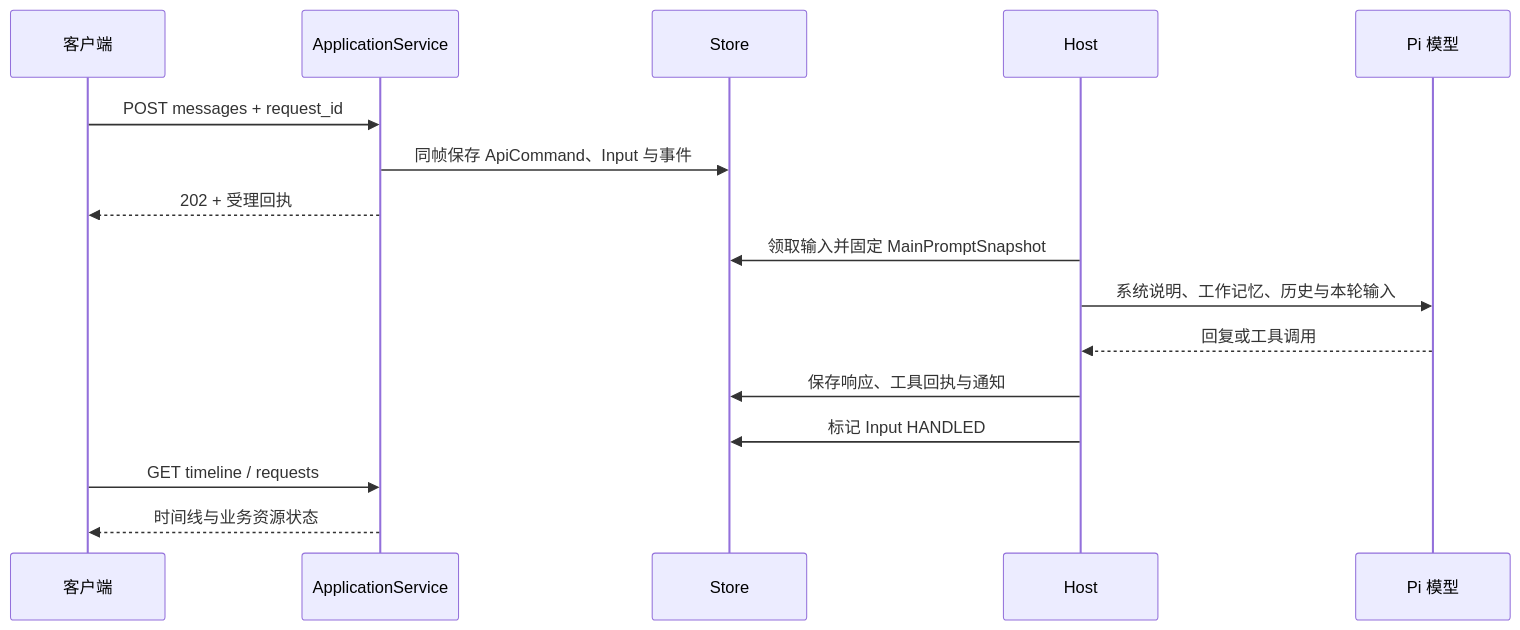
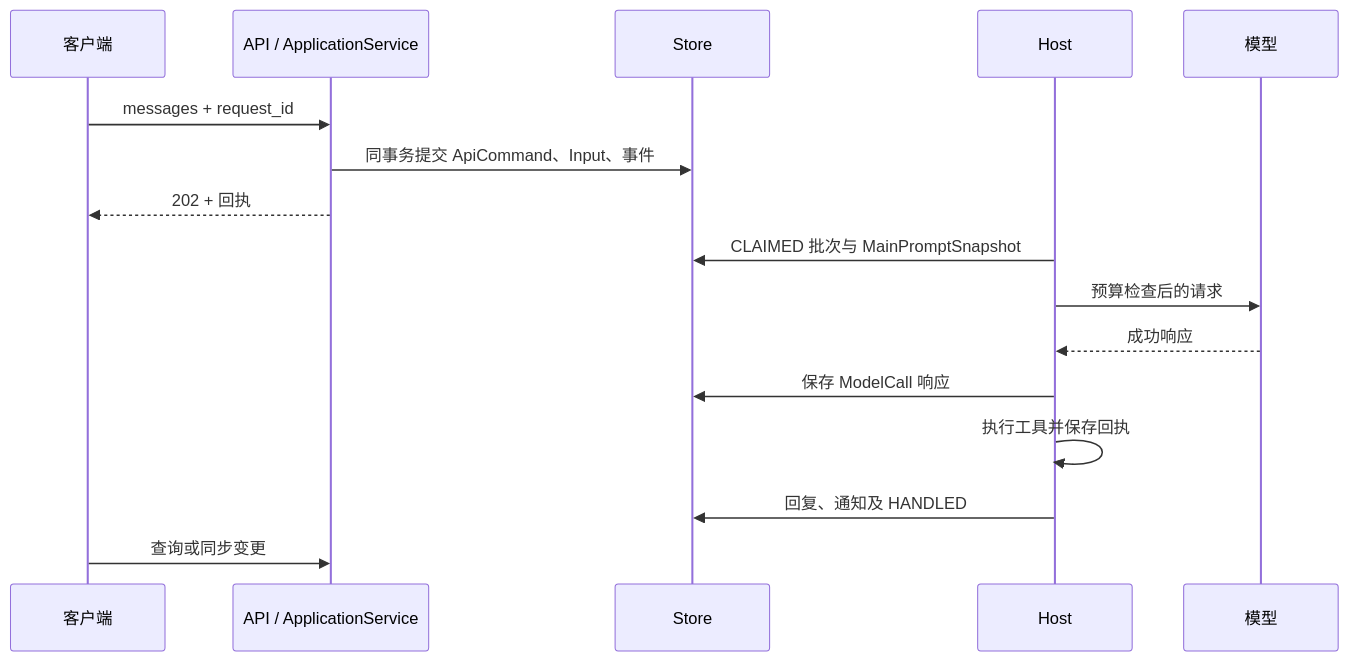
The first of 4 diagrams in docs/data-flow.md (ExplodeCode6324/Secretary), drawn with Mermaid before and after one commit. The commit also changed other lines of this file and 85 other files, not shown here.

````diff
--- a/docs/data-flow.md
+++ b/docs/data-flow.md
@@ -5,18 +5,18 @@
 ```mermaid
 sequenceDiagram
   participant C as 客户端
-  participant A as ApplicationService
+  participant A as API / ApplicationService
   participant S as Store
   participant H as Host
-  participant M as Pi 模型
-  C->>A: POST messages + request_id
-  A->>S: 同帧保存 ApiCommand、Input 与事件
-  A-->>C: 202 + 受理回执
-  H->>S: 领取输入并固定 MainPromptSnapshot
-  H->>M: 系统说明、工作记忆、历史与本轮输入
-  M-->>H: 回复或工具调用
-  H->>S: 保存响应、工具回执与通知
-  H->>S: 标记 Input HANDLED
-  C->>A: GET timeline / requests
-  A-->>C: 时间线与业务资源状态
+  participant M as 模型
+  C->>A: messages + request_id
+  A->>S: 同事务提交 ApiCommand、Input、事件
+  A-->>C: 202 + 回执
+  H->>S: CLAIMED 批次与 MainPromptSnapshot
+  H->>M: 预算检查后的请求
+  M-->>H: 成功响应
+  H->>S: 保存 ModelCall 响应
+  H->>H: 执行工具并保存回执
+  H->>S: 回复、通知及 HANDLED
+  C->>A: 查询或同步变更
 ```
````
